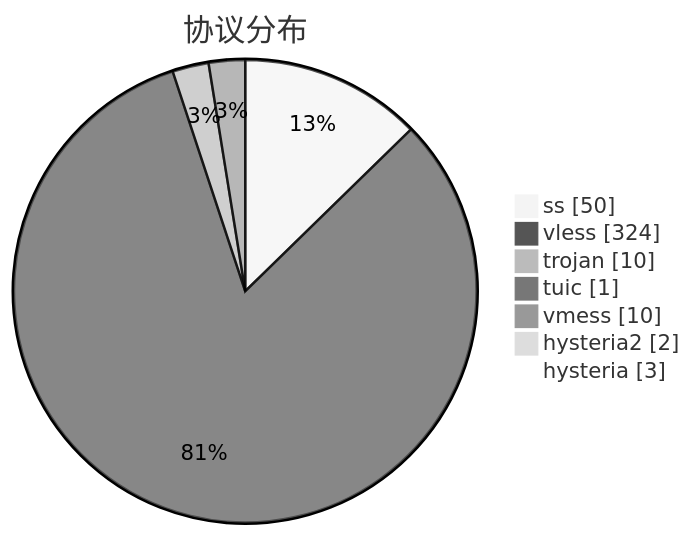
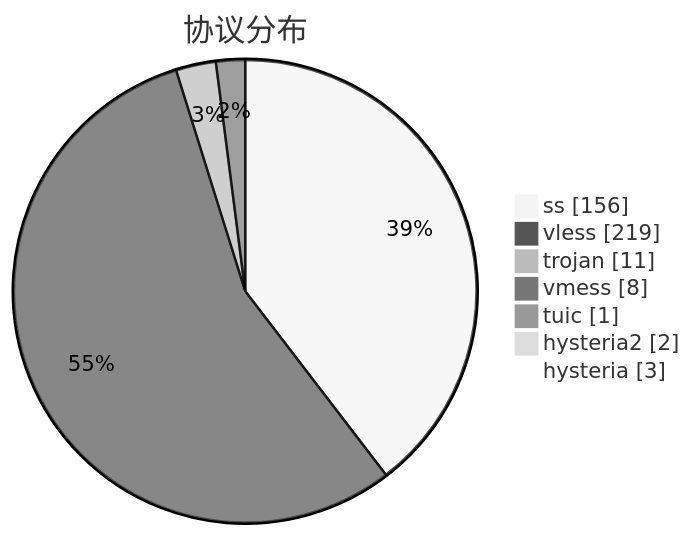
One commit to qjlxg/airport changed the third of 3 diagrams in subs/statistics/tested_within.md. Above: the diagram before and after it, drawn with Mermaid (neutral theme). The commit also changed other lines of this file and 2 other files, not shown here.

````diff
--- a/subs/statistics/tested_within.md
+++ b/subs/statistics/tested_within.md
@@ -30,11 +38,11 @@
 ```mermaid
 pie showData
 title 协议分布
-"ss" : 50
-"vless" : 324
-"trojan" : 10
+"ss" : 156
+"vless" : 219
+"trojan" : 11
+"vmess" : 8
 "tuic" : 1
-"vmess" : 10
 "hysteria2" : 2
 "hysteria" : 3
 ```
````
